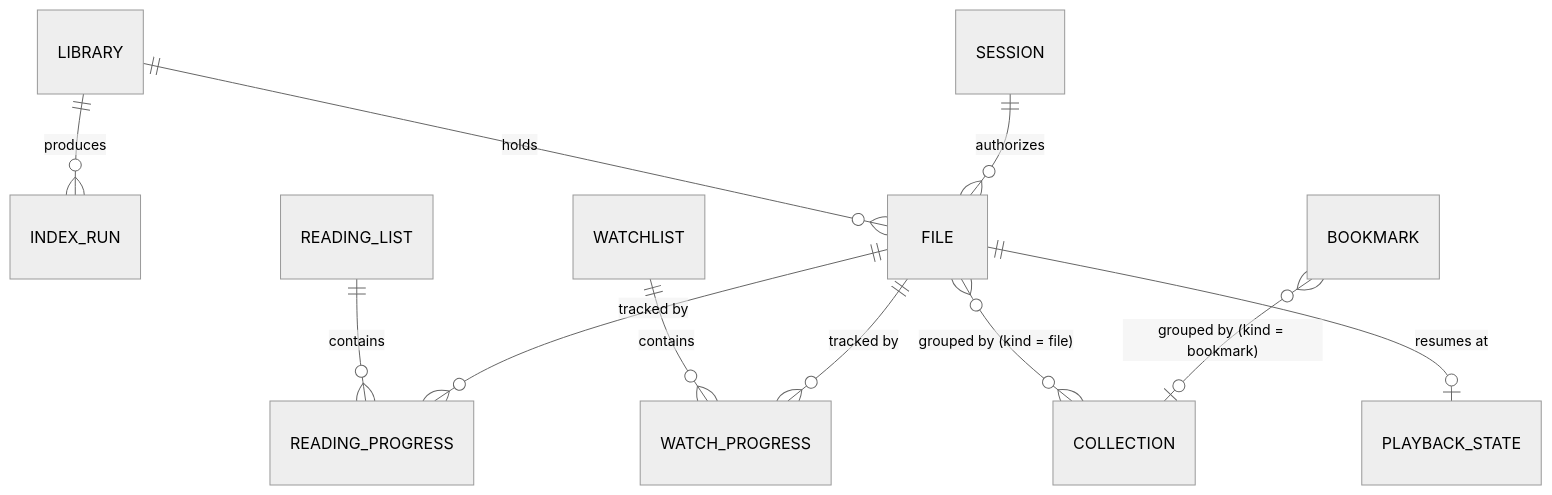
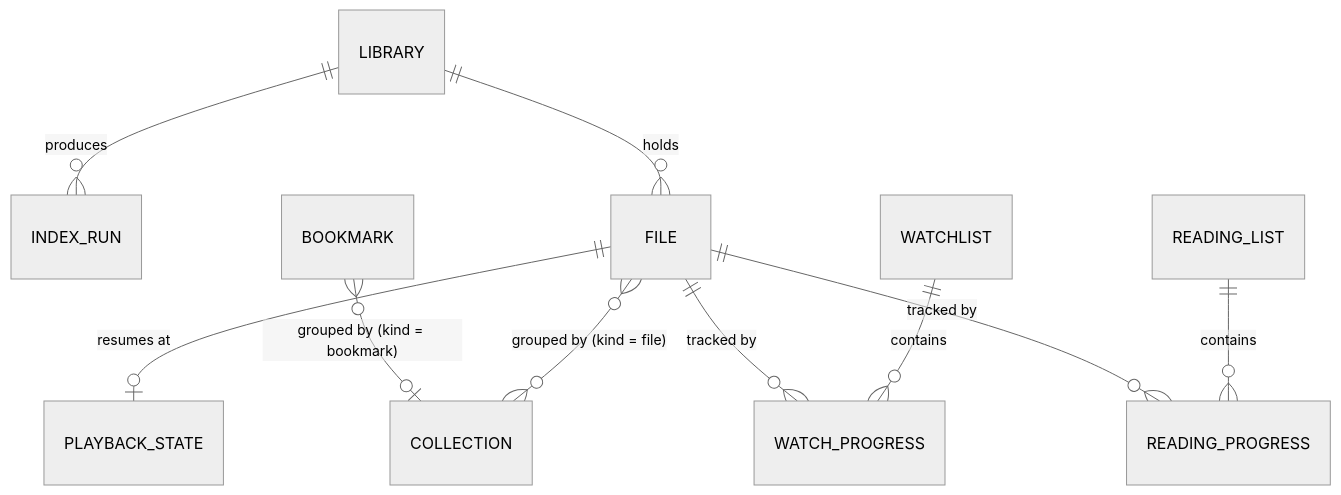
Before and after one commit to artur-rios/alexandria-ui: the second of 3 diagrams in docs/requirements/System Requirements Document.md, drawn with Mermaid (neutral theme). The commit also changed other lines of this file and 13 other files, not shown here.

````diff
--- a/docs/requirements/System Requirements Document.md
+++ b/docs/requirements/System Requirements Document.md
@@ -386,13 +402,12 @@
 ```mermaid
 erDiagram
     LIBRARY ||--o{ INDEX_RUN : "produces"
     LIBRARY ||--o{ FILE : "holds"
     FILE ||--o| PLAYBACK_STATE : "resumes at"
     FILE }o--o{ COLLECTION : "grouped by (kind = file)"
     BOOKMARK }o--o| COLLECTION : "grouped by (kind = bookmark)"
     WATCHLIST ||--o{ WATCH_PROGRESS : "contains"
     FILE ||--o{ WATCH_PROGRESS : "tracked by"
     READING_LIST ||--o{ READING_PROGRESS : "contains"
     FILE ||--o{ READING_PROGRESS : "tracked by"
-    SESSION ||--o{ FILE : "authorizes"
 ```
````
